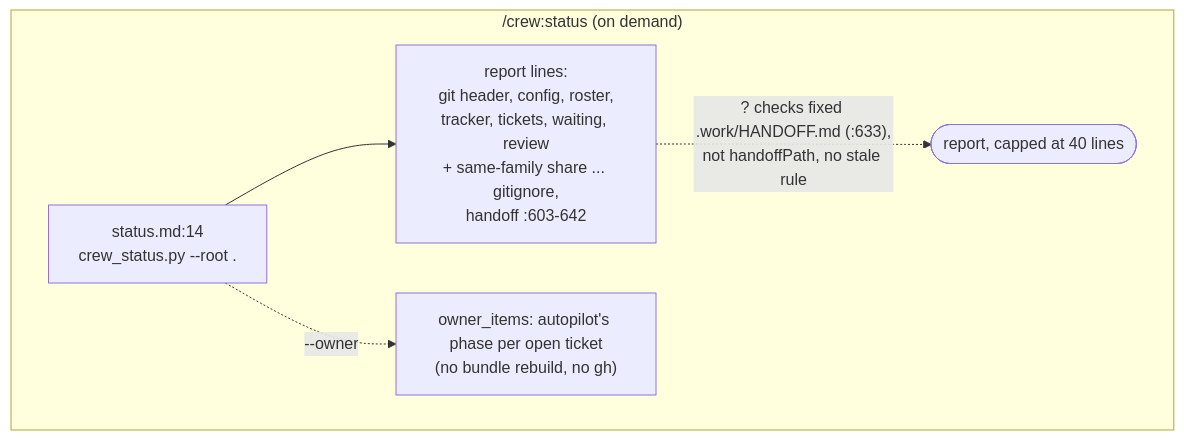
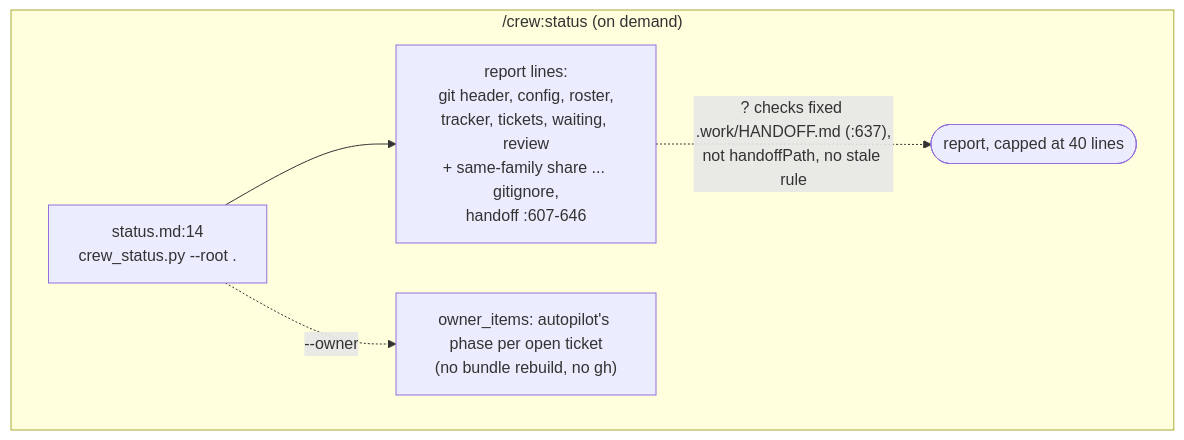
Before and after one commit to mbadali25/useful-claude-add-ons: the diagram in docs/diagrams/process-crew-brief-status.mmd, drawn with Mermaid. The commit also changed 13 other files, not shown here.

First line of the commit message:
L-0712: the same-family share reads a summary with no rounds as could-not-tell

```diff
--- a/docs/diagrams/process-crew-brief-status.mmd
+++ b/docs/diagrams/process-crew-brief-status.mmd
@@ -1,27 +1,27 @@
 %% Generated from useful-claude-add-ons@1d10d8f6 on 2026-10-04, re-anchored on L-0712-cross-family-fallback 2026-10-08 (L-0712). Verify before trusting.
 %% Anchors: plugin/crew/commands/status.md, plugin/crew/hooks/scripts/crew_status.py, plugin/crew/hooks/scripts/crew_tracker.py, plugin/crew/hooks/scripts/crew_autopilot_owner.py
 %% Purpose: What /crew:status reads when run on demand, and the one place it differs from the SessionStart hooks: it checks a fixed handoff path and applies no stale rule.
 %% Part of process-crew-brief.mmd (the overview, which keeps the re-anchoring history).
 %% Re-anchored a54ca704 -> 5cdfb775 (T-0039): crew_status.py gained the `gitignore` line after codemap
 %%    (crew_gitignore.summary, read-only); collect() moved :211-240 -> :224-254 and the HANDOFF check
 %%    :231 -> :245 (re-read with grep -n). status.md:14 holds.
 %% Re-anchored for L-0551 / L-0687: collect() is now crew_status.py:514-550, the HANDOFF check :541;
 %%    the `waiting` line (:528) is crew_autopilot_owner.owner_items, autopilot's own phase read
 %%    (policy=False, deep=False: no bundle rebuild, no gh), and `--owner` lists it (owner_lines).
 %% Re-anchored 5cdfb775 -> 1d10d8f6 (L-0712): _review_lines (:172) reads EVERY ledger for the
 %%    same-family share and prints `review   same-family: N of M completed rounds (P%)` after the
-%%    newest three ledgers' lines; same_family_round decides a row. collect() is now :603-642, the
-%%    waiting line :617, the review lines :618, the HANDOFF check :633 (re-read with grep -n).
-%% /crew:status: commands/status.md:14 -> crew_status.py; :603-642 report lines.
-%% /crew:status checks the fixed path .work/HANDOFF.md (crew_status.py:633),
+%%    newest three ledgers' lines; same_family_round decides a row. collect() is now :607-646, the
+%%    waiting line :621, the review lines :622, the HANDOFF check :637 (re-read with grep -n).
+%% /crew:status: commands/status.md:14 -> crew_status.py; :607-646 report lines.
+%% /crew:status checks the fixed path .work/HANDOFF.md (crew_status.py:637),
 %% not context.handoffPath, and does not apply the stale rule.
 %% Note st2: git header, config file, roster, tracker (crew_tracker.resolve, :67), tickets,
 %%    waiting (crew_autopilot_owner.owner_items, L-0551), review ledgers and the same-family share
 %%    (L-0712), verify, shell (Windows only, T-0040), codemap freshness, gitignore (T-0039), metrics,
-%%    handoff, interrupted migrate :603-642
+%%    handoff, interrupted migrate :607-646
 flowchart TB
     subgraph status["/crew:status (on demand)"]
-        st1["status.md:14<br/>crew_status.py --root ."] --> st2["report lines:<br/>git header, config, roster,<br/>tracker, tickets, waiting, review<br/>+ same-family share ... gitignore,<br/>handoff :603-642"]
-        st2 -. "? checks fixed .work/HANDOFF.md (:633),<br/>not handoffPath, no stale rule" .-> st3([report, capped at 40 lines])
+        st1["status.md:14<br/>crew_status.py --root ."] --> st2["report lines:<br/>git header, config, roster,<br/>tracker, tickets, waiting, review<br/>+ same-family share ... gitignore,<br/>handoff :607-646"]
+        st2 -. "? checks fixed .work/HANDOFF.md (:637),<br/>not handoffPath, no stale rule" .-> st3([report, capped at 40 lines])
         st1 -. "--owner" .-> st4["owner_items: autopilot's phase per open ticket<br/>(no bundle rebuild, no gh)"]
     end
```
